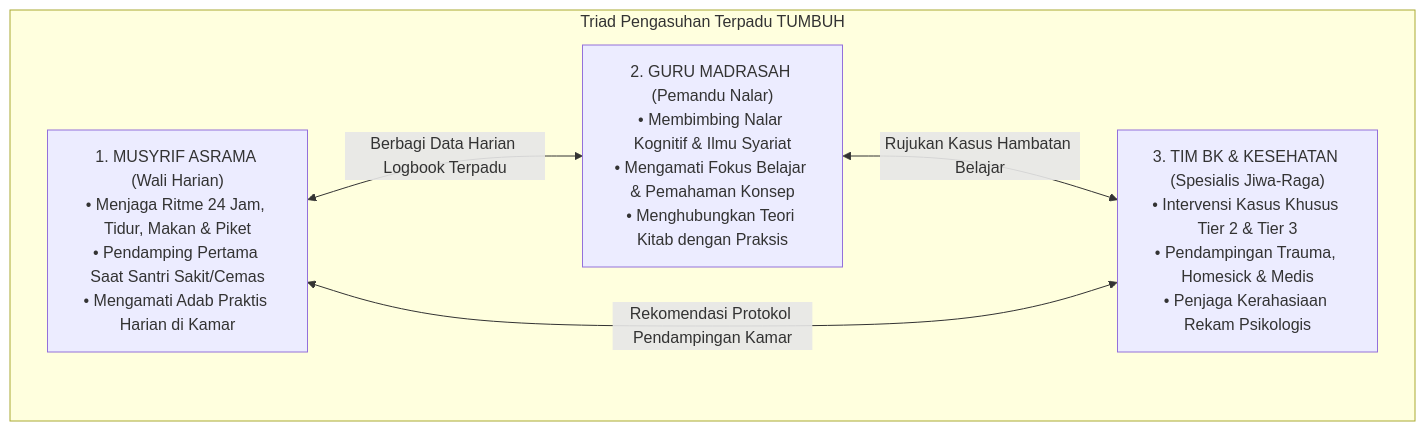
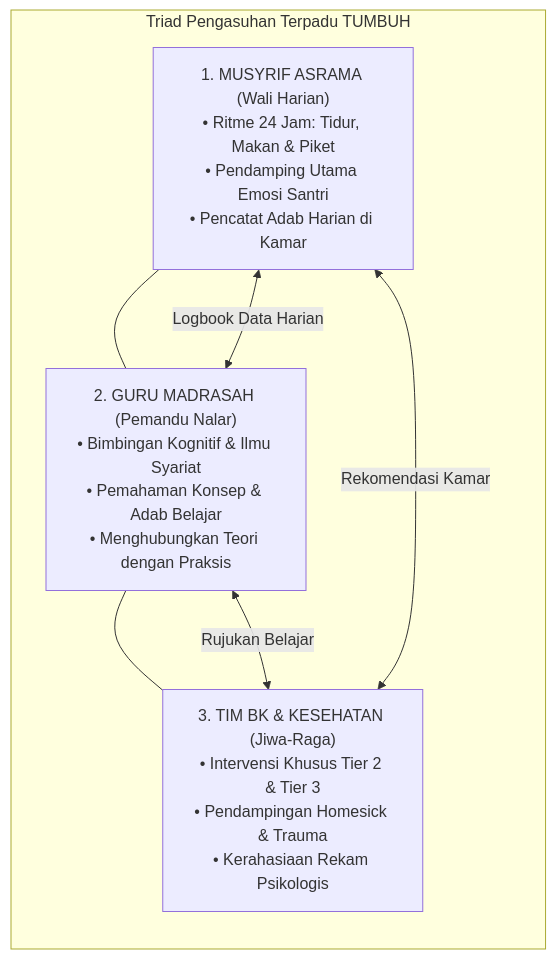
The fourth of 4 diagrams in BOOK Series 1/01-The-Fundamental-of-TUMBUH/Bab-11-Rekayasa-Lingkungan-Asrama-dan-Ekosistem-Terpadu-24-Jam.md (wandiapriliyandi/tumbuh), drawn with Mermaid before and after one commit. The commit also changed other lines of this file and 35 other files, not shown here.

Commit message:
fix(book-01): optimasi keterbacaan diagram mermaid pada seluruh bab dan perbarui 20 file PDF

````diff
--- a/BOOK Series 1/01-The-Fundamental-of-TUMBUH/Bab-11-Rekayasa-Lingkungan-Asrama-dan-Ekosistem-Terpadu-24-Jam.md
+++ b/BOOK Series 1/01-The-Fundamental-of-TUMBUH/Bab-11-Rekayasa-Lingkungan-Asrama-dan-Ekosistem-Terpadu-24-Jam.md
@@ -134,12 +135,15 @@
 ```mermaid
 graph TD
     subgraph SINERGI_TRIAD_PENGASUHAN["Triad Pengasuhan Terpadu TUMBUH"]
-        M["1. MUSYRIF ASRAMA (Wali Harian)<br/>• Menjaga Ritme 24 Jam, Tidur, Makan & Piket<br/>• Pendamping Pertama Saat Santri Sakit/Cemas<br/>• Mengamati Adab Praktis Harian di Kamar"]
-        G["2. GURU MADRASAH (Pemandu Nalar)<br/>• Membimbing Nalar Kognitif & Ilmu Syariat<br/>• Mengamati Fokus Belajar & Pemahaman Konsep<br/>• Menghubungkan Teori Kitab dengan Praksis"]
-        B["3. TIM BK & KESEHATAN (Spesialis Jiwa-Raga)<br/>• Intervensi Kasus Khusus Tier 2 & Tier 3<br/>• Pendampingan Trauma, Homesick & Medis<br/>• Penjaga Kerahasiaan Rekam Psikologis"]
+        direction TB
+        M["1. MUSYRIF ASRAMA (Wali Harian)<br/>• Ritme 24 Jam: Tidur, Makan & Piket<br/>• Pendamping Utama Emosi Santri<br/>• Pencatat Adab Harian di Kamar"]
+        G["2. GURU MADRASAH (Pemandu Nalar)<br/>• Bimbingan Kognitif & Ilmu Syariat<br/>• Pemahaman Konsep & Adab Belajar<br/>• Menghubungkan Teori dengan Praksis"]
+        B["3. TIM BK & KESEHATAN (Jiwa-Raga)<br/>• Intervensi Khusus Tier 2 & Tier 3<br/>• Pendampingan Homesick & Trauma<br/>• Kerahasiaan Rekam Psikologis"]
+        M --- G
+        G --- B
     end
 
-    M <-->|Berbagi Data Harian Logbook Terpadu| G
-    G <-->|Rujukan Kasus Hambatan Belajar| B
-    B <-->|Rekomendasi Protokol Pendampingan Kamar| M
+    M <-->|Logbook Data Harian| G
+    G <-->|Rujukan Belajar| B
+    B <-->|Rekomendasi Kamar| M
 ```
````
